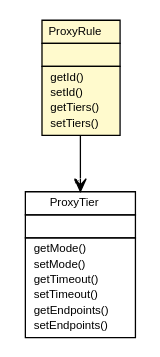
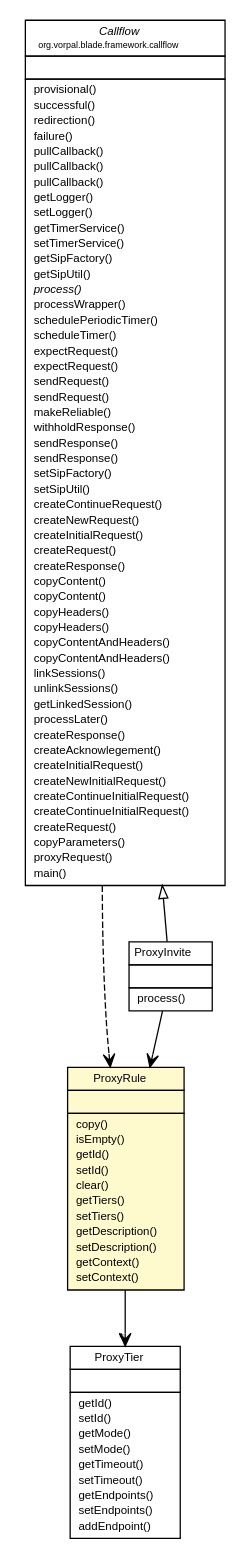
The diagram in blade/vorpal-blade-library-framework/org/vorpal/blade/framework/proxy/ProxyRule.dot (vorpalnet/vorpalnet.github.io), drawn with Graphviz before and after one commit. The commit also changed 1096 other files, not shown here.

```diff
--- a/blade/vorpal-blade-library-framework/org/vorpal/blade/framework/proxy/ProxyRule.dot
+++ b/blade/vorpal-blade-library-framework/org/vorpal/blade/framework/proxy/ProxyRule.dot
@@ -1,46 +1,138 @@
 #!/usr/local/bin/dot
 #
 # Class diagram 
 # Generated by UMLGraph version 5.2 (http://www.umlgraph.org/)
 #
 
 digraph G {
 	edge [fontname="Helvetica",fontsize=10,labelfontname="Helvetica",labelfontsize=10];
 	node [fontname="Helvetica",fontsize=10,shape=plaintext];
 	nodesep=0.25;
 	ranksep=0.5;
+	// org.vorpal.blade.framework.callflow.Callflow
+	c4604 [label=<<table title="org.vorpal.blade.framework.callflow.Callflow" border="0" cellborder="1" cellspacing="0" cellpadding="2" port="p" href="../callflow/Callflow.html">
+		<tr><td><table border="0" cellspacing="0" cellpadding="1">
+<tr><td align="center" balign="center"><font face="Helvetica-Oblique"> Callflow </font></td></tr>
+<tr><td align="center" balign="center"><font point-size="7.0"> org.vorpal.blade.framework.callflow </font></td></tr>
+		</table></td></tr>
+		<tr><td><table border="0" cellspacing="0" cellpadding="1">
+<tr><td align="left" balign="left">  </td></tr>
+		</table></td></tr>
+		<tr><td><table border="0" cellspacing="0" cellpadding="1">
+<tr><td align="left" balign="left">  provisional() </td></tr>
+<tr><td align="left" balign="left">  successful() </td></tr>
+<tr><td align="left" balign="left">  redirection() </td></tr>
+<tr><td align="left" balign="left">  failure() </td></tr>
+<tr><td align="left" balign="left">  pullCallback() </td></tr>
+<tr><td align="left" balign="left">  pullCallback() </td></tr>
+<tr><td align="left" balign="left">  pullCallback() </td></tr>
+<tr><td align="left" balign="left">  getLogger() </td></tr>
+<tr><td align="left" balign="left">  setLogger() </td></tr>
+<tr><td align="left" balign="left">  getTimerService() </td></tr>
+<tr><td align="left" balign="left">  setTimerService() </td></tr>
+<tr><td align="left" balign="left">  getSipFactory() </td></tr>
+<tr><td align="left" balign="left">  getSipUtil() </td></tr>
+<tr><td align="left" balign="left"><font face="Helvetica-Oblique" point-size="9.0">  process() </font></td></tr>
+<tr><td align="left" balign="left">  processWrapper() </td></tr>
+<tr><td align="left" balign="left">  schedulePeriodicTimer() </td></tr>
+<tr><td align="left" balign="left">  scheduleTimer() </td></tr>
+<tr><td align="left" balign="left">  expectRequest() </td></tr>
+<tr><td align="left" balign="left">  expectRequest() </td></tr>
+<tr><td align="left" balign="left">  sendRequest() </td></tr>
+<tr><td align="left" balign="left">  sendRequest() </td></tr>
+<tr><td align="left" balign="left">  makeReliable() </td></tr>
+<tr><td align="left" balign="left">  withholdResponse() </td></tr>
+<tr><td align="left" balign="left">  sendResponse() </td></tr>
+<tr><td align="left" balign="left">  sendResponse() </td></tr>
+<tr><td align="left" balign="left">  setSipFactory() </td></tr>
+<tr><td align="left" balign="left">  setSipUtil() </td></tr>
+<tr><td align="left" balign="left">  createContinueRequest() </td></tr>
+<tr><td align="left" balign="left">  createNewRequest() </td></tr>
+<tr><td align="left" balign="left">  createInitialRequest() </td></tr>
+<tr><td align="left" balign="left">  createRequest() </td></tr>
+<tr><td align="left" balign="left">  createResponse() </td></tr>
+<tr><td align="left" balign="left">  copyContent() </td></tr>
+<tr><td align="left" balign="left">  copyContent() </td></tr>
+<tr><td align="left" balign="left">  copyHeaders() </td></tr>
+<tr><td align="left" balign="left">  copyHeaders() </td></tr>
+<tr><td align="left" balign="left">  copyContentAndHeaders() </td></tr>
+<tr><td align="left" balign="left">  copyContentAndHeaders() </td></tr>
+<tr><td align="left" balign="left">  linkSessions() </td></tr>
+<tr><td align="left" balign="left">  unlinkSessions() </td></tr>
+<tr><td align="left" balign="left">  getLinkedSession() </td></tr>
+<tr><td align="left" balign="left">  processLater() </td></tr>
+<tr><td align="left" balign="left">  createResponse() </td></tr>
+<tr><td align="left" balign="left">  createAcknowlegement() </td></tr>
+<tr><td align="left" balign="left">  createInitialRequest() </td></tr>
+<tr><td align="left" balign="left">  createNewInitialRequest() </td></tr>
+<tr><td align="left" balign="left">  createContinueInitialRequest() </td></tr>
+<tr><td align="left" balign="left">  createContinueInitialRequest() </td></tr>
+<tr><td align="left" balign="left">  createRequest() </td></tr>
+<tr><td align="left" balign="left">  copyParameters() </td></tr>
+<tr><td align="left" balign="left">  proxyRequest() </td></tr>
+<tr><td align="left" balign="left">  main() </td></tr>
+		</table></td></tr>
+		</table>>, fontname="Helvetica", fontcolor="black", fontsize=9.0];
 	// org.vorpal.blade.framework.proxy.ProxyTier
-	c2102 [label=<<table title="org.vorpal.blade.framework.proxy.ProxyTier" border="0" cellborder="1" cellspacing="0" cellpadding="2" port="p" href="./ProxyTier.html">
+	c4652 [label=<<table title="org.vorpal.blade.framework.proxy.ProxyTier" border="0" cellborder="1" cellspacing="0" cellpadding="2" port="p" href="./ProxyTier.html">
 		<tr><td><table border="0" cellspacing="0" cellpadding="1">
 <tr><td align="center" balign="center"> ProxyTier </td></tr>
 		</table></td></tr>
 		<tr><td><table border="0" cellspacing="0" cellpadding="1">
 <tr><td align="left" balign="left">  </td></tr>
 		</table></td></tr>
 		<tr><td><table border="0" cellspacing="0" cellpadding="1">
+<tr><td align="left" balign="left">  getId() </td></tr>
+<tr><td align="left" balign="left">  setId() </td></tr>
 <tr><td align="left" balign="left">  getMode() </td></tr>
 <tr><td align="left" balign="left">  setMode() </td></tr>
 <tr><td align="left" balign="left">  getTimeout() </td></tr>
 <tr><td align="left" balign="left">  setTimeout() </td></tr>
 <tr><td align="left" balign="left">  getEndpoints() </td></tr>
 <tr><td align="left" balign="left">  setEndpoints() </td></tr>
+<tr><td align="left" balign="left">  addEndpoint() </td></tr>
 		</table></td></tr>
 		</table>>, fontname="Helvetica", fontcolor="black", fontsize=9.0];
 	// org.vorpal.blade.framework.proxy.ProxyRule
-	c2105 [label=<<table title="org.vorpal.blade.framework.proxy.ProxyRule" border="0" cellborder="1" cellspacing="0" cellpadding="2" port="p" bgcolor="lemonChiffon" href="./ProxyRule.html">
+	c4655 [label=<<table title="org.vorpal.blade.framework.proxy.ProxyRule" border="0" cellborder="1" cellspacing="0" cellpadding="2" port="p" bgcolor="lemonChiffon" href="./ProxyRule.html">
 		<tr><td><table border="0" cellspacing="0" cellpadding="1">
 <tr><td align="center" balign="center"> ProxyRule </td></tr>
 		</table></td></tr>
 		<tr><td><table border="0" cellspacing="0" cellpadding="1">
 <tr><td align="left" balign="left">  </td></tr>
 		</table></td></tr>
 		<tr><td><table border="0" cellspacing="0" cellpadding="1">
+<tr><td align="left" balign="left">  copy() </td></tr>
+<tr><td align="left" balign="left">  isEmpty() </td></tr>
 <tr><td align="left" balign="left">  getId() </td></tr>
 <tr><td align="left" balign="left">  setId() </td></tr>
+<tr><td align="left" balign="left">  clear() </td></tr>
 <tr><td align="left" balign="left">  getTiers() </td></tr>
 <tr><td align="left" balign="left">  setTiers() </td></tr>
+<tr><td align="left" balign="left">  getDescription() </td></tr>
+<tr><td align="left" balign="left">  setDescription() </td></tr>
+<tr><td align="left" balign="left">  getContext() </td></tr>
+<tr><td align="left" balign="left">  setContext() </td></tr>
 		</table></td></tr>
 		</table>>, fontname="Helvetica", fontcolor="black", fontsize=9.0];
+	// org.vorpal.blade.framework.proxy.ProxyInvite
+	c4657 [label=<<table title="org.vorpal.blade.framework.proxy.ProxyInvite" border="0" cellborder="1" cellspacing="0" cellpadding="2" port="p" href="./ProxyInvite.html">
+		<tr><td><table border="0" cellspacing="0" cellpadding="1">
+<tr><td align="center" balign="center"> ProxyInvite </td></tr>
+		</table></td></tr>
+		<tr><td><table border="0" cellspacing="0" cellpadding="1">
+<tr><td align="left" balign="left">  </td></tr>
+		</table></td></tr>
+		<tr><td><table border="0" cellspacing="0" cellpadding="1">
+<tr><td align="left" balign="left">  process() </td></tr>
+		</table></td></tr>
+		</table>>, fontname="Helvetica", fontcolor="black", fontsize=9.0];
+	//org.vorpal.blade.framework.proxy.ProxyInvite extends org.vorpal.blade.framework.callflow.Callflow
+	c4604:p -> c4657:p [dir=back,arrowtail=empty];
 	// org.vorpal.blade.framework.proxy.ProxyRule NAVASSOC org.vorpal.blade.framework.proxy.ProxyTier
-	c2105:p -> c2102:p [taillabel="", label="", headlabel="*", fontname="Helvetica", fontcolor="black", fontsize=10.0, color="black", arrowhead=open];
+	c4655:p -> c4652:p [taillabel="", label="", headlabel="*", fontname="Helvetica", fontcolor="black", fontsize=10.0, color="black", arrowhead=open];
+	// org.vorpal.blade.framework.proxy.ProxyInvite NAVASSOC org.vorpal.blade.framework.proxy.ProxyRule
+	c4657:p -> c4655:p [taillabel="", label="", headlabel="", fontname="Helvetica", fontcolor="black", fontsize=10.0, color="black", arrowhead=open];
+	// org.vorpal.blade.framework.callflow.Callflow DEPEND org.vorpal.blade.framework.proxy.ProxyRule
+	c4604:p -> c4655:p [taillabel="", label="", headlabel="", fontname="Helvetica", fontcolor="black", fontsize=10.0, color="black", arrowhead=open, style=dashed];
 }
```
